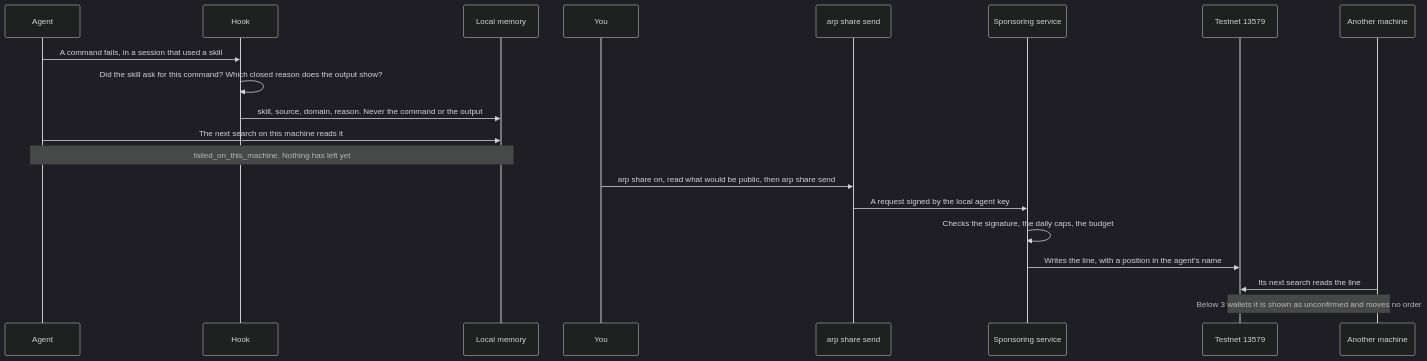
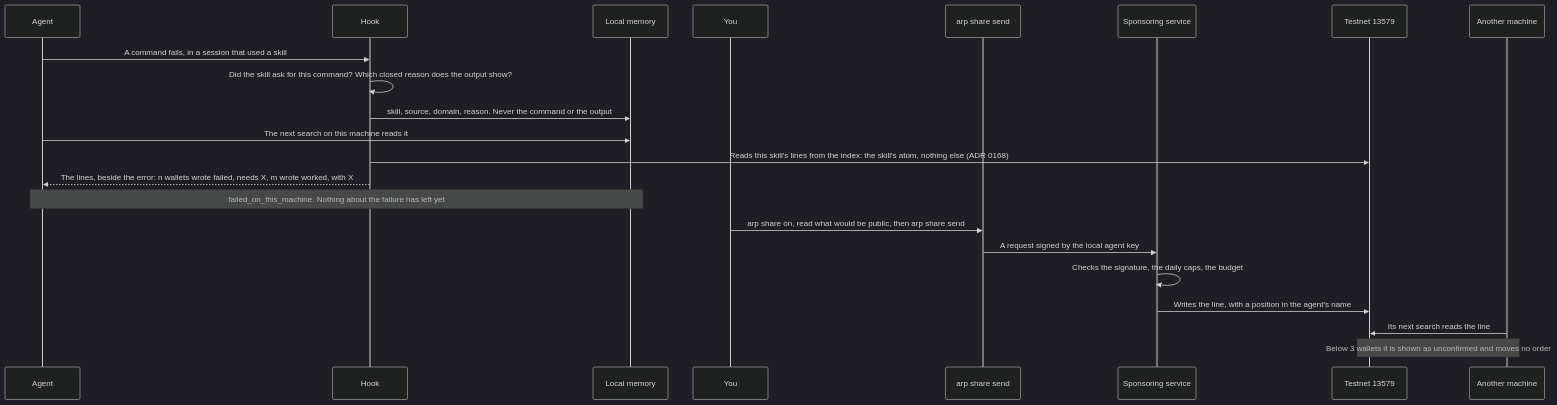
One commit to intuition-box/ARP changed the diagram in apps/web/public/docs/local-memory.md. Above: the diagram before and after it, drawn with Mermaid (dark theme). The commit also changed other lines of this file and 12 other files, not shown here.

````diff
--- a/apps/web/public/docs/local-memory.md
+++ b/apps/web/public/docs/local-memory.md
@@ -20,23 +20,25 @@
 ```mermaid
 sequenceDiagram
     participant A as Agent
     participant H as Hook
     participant M as Local memory
     participant P as You
     participant S as arp share send
     participant V as Sponsoring service
     participant C as Testnet 13579
     participant O as Another machine
 
     A->>H: A command fails, in a session that used a skill
     H->>H: Did the skill ask for this command? Which closed reason does the output show?
     H->>M: skill, source, domain, reason. Never the command or the output
     A->>M: The next search on this machine reads it
-    Note over A,M: failed_on_this_machine. Nothing has left yet
+    H->>C: Reads this skill's lines from the index: the skill's atom, nothing else (ADR 0168)
+    H-->>A: The lines, beside the error: n wallets wrote failed, needs X, m wrote worked, with X
+    Note over A,M: failed_on_this_machine. Nothing about the failure has left yet
     P->>S: arp share on, read what would be public, then arp share send
     S->>V: A request signed by the local agent key
     V->>V: Checks the signature, the daily caps, the budget
     V->>C: Writes the line, with a position in the agent's name
     O->>C: Its next search reads the line
     Note over O,C: Below 3 wallets it is shown as unconfirmed and moves no order
 ```
````
